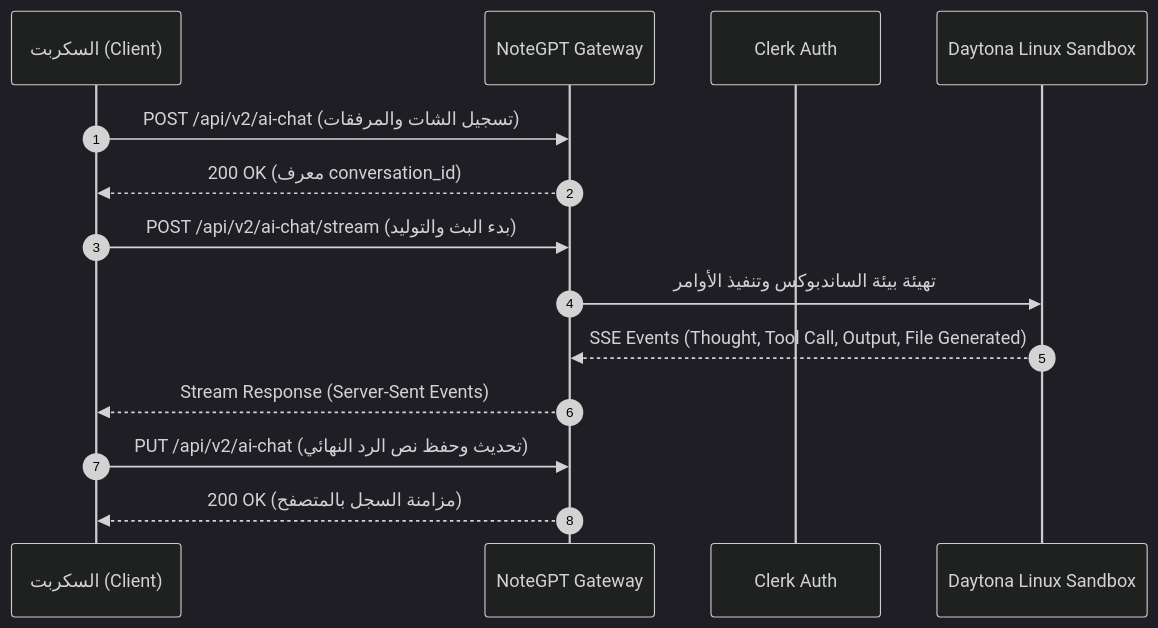
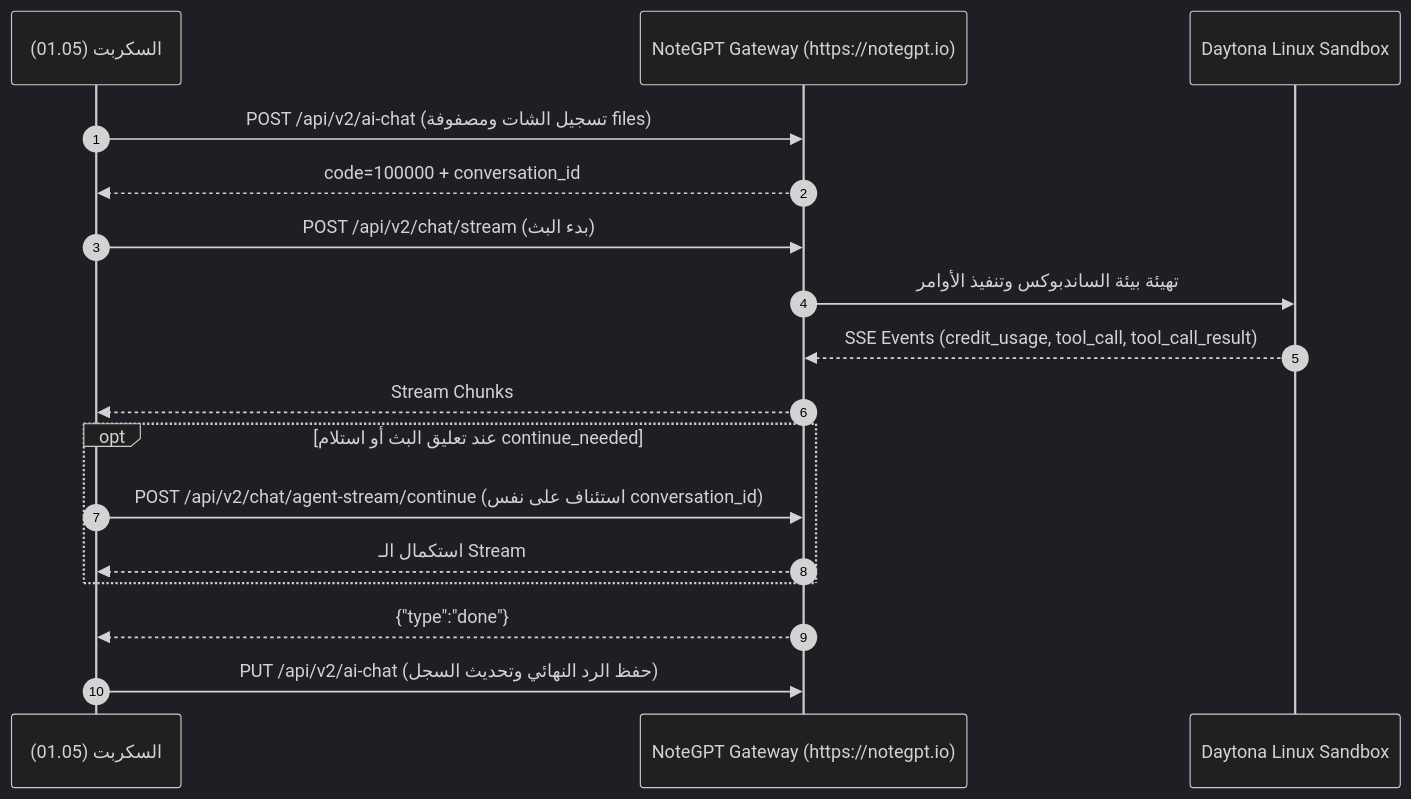
One commit to zizo123123-code/script-sandbox changed the diagram in inventory/notegpt/generation.md. Above: the diagram before and after it, drawn with Mermaid (dark theme). The commit also changed other lines of this file and 7 other files, not shown here.

````diff
--- a/inventory/notegpt/generation.md
+++ b/inventory/notegpt/generation.md
@@ -10,17 +37,20 @@
 ```mermaid
 sequenceDiagram
     autonumber
-    participant Client as السكربت (Client)
-    participant API as NoteGPT Gateway
-    participant Clerk as Clerk Auth
+    participant Client as السكربت (01.05)
+    participant API as NoteGPT Gateway (https://notegpt.io)
     participant Sandbox as Daytona Linux Sandbox
 
-    Client->>API: POST /api/v2/ai-chat (تسجيل الشات والمرفقات)
-    API-->>Client: 200 OK (معرف conversation_id)
-    Client->>API: POST /api/v2/ai-chat/stream (بدء البث والتوليد)
+    Client->>API: POST /api/v2/ai-chat (تسجيل الشات ومصفوفة files)
+    API-->>Client: code=100000 + conversation_id
+    Client->>API: POST /api/v2/chat/stream (بدء البث)
     API->>Sandbox: تهيئة بيئة الساندبوكس وتنفيذ الأوامر
-    Sandbox-->>API: SSE Events (Thought, Tool Call, Output, File Generated)
-    API-->>Client: Stream Response (Server-Sent Events)
-    Client->>API: PUT /api/v2/ai-chat (تحديث وحفظ نص الرد النهائي)
-    API-->>Client: 200 OK (مزامنة السجل بالمتصفح)
+    Sandbox-->>API: SSE Events (credit_usage, tool_call, tool_call_result)
+    API-->>Client: Stream Chunks
+    opt عند تعليق البث أو استلام continue_needed
+        Client->>API: POST /api/v2/chat/agent-stream/continue (استئناف على نفس conversation_id)
+        API-->>Client: استكمال الـ Stream
+    end
+    API-->>Client: {"type":"done"}
+    Client->>API: PUT /api/v2/ai-chat (حفظ الرد النهائي وتحديث السجل)
 ```
````
